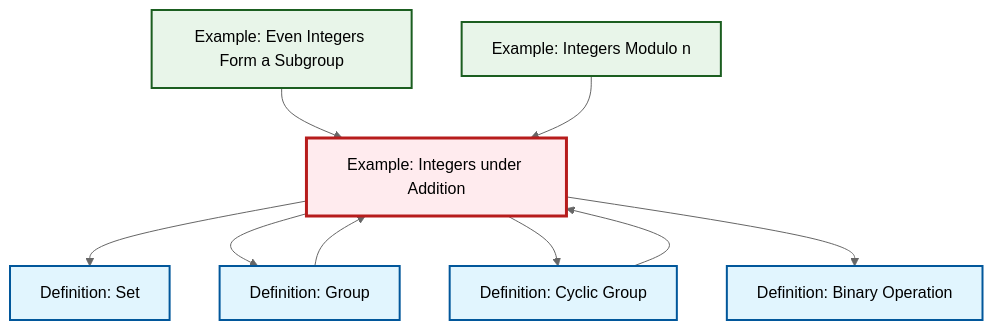
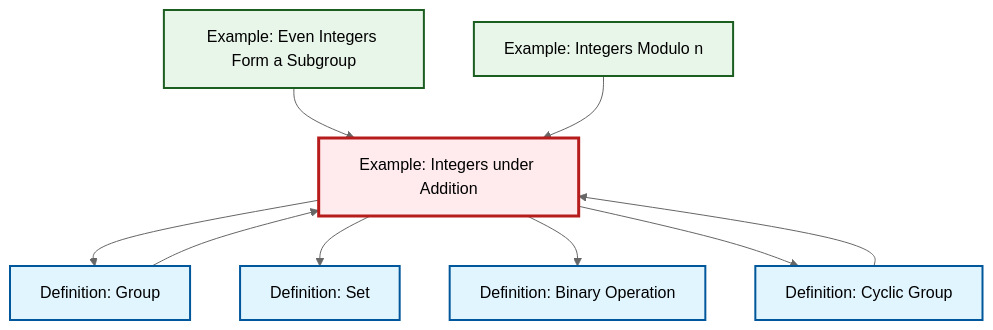
Before and after one commit to RK0429/ModernMath: the diagram in content/en/algebra/ex-integers-addition.qmd, drawn with Mermaid (neutral theme). The commit also changed other lines of this file and 434 other files, not shown here.

````diff
--- a/content/en/algebra/ex-integers-addition.qmd
+++ b/content/en/algebra/ex-integers-addition.qmd
@@ -72,31 +72,31 @@
 ```{mermaid}
 %%| fig-cap: "Local dependency graph"
 graph TD
     classDef definition fill:#e1f5fe,stroke:#01579b,stroke-width:2px
     classDef theorem fill:#f3e5f5,stroke:#4a148c,stroke-width:2px
     classDef axiom fill:#fff3e0,stroke:#e65100,stroke-width:2px
     classDef example fill:#e8f5e9,stroke:#1b5e20,stroke-width:2px
     classDef current fill:#ffebee,stroke:#b71c1c,stroke-width:3px
+    def-set["Definition: Set"]:::definition
+    ex-quotient-integers-mod-n["Example: Integers Modulo n"]:::example
+    def-group["Definition: Group"]:::definition
+    def-binary-operation["Definition: Binary Operation"]:::definition
+    ex-integers-addition["Example: Integers under Addition"]:::example
     ex-even-integers-subgroup["Example: Even Integers Form a Subgroup"]:::example
     def-cyclic-group["Definition: Cyclic Group"]:::definition
-    ex-quotient-integers-mod-n["Example: Integers Modulo n"]:::example
-    ex-integers-addition["Example: Integers under Addition"]:::example
-    def-binary-operation["Definition: Binary Operation"]:::definition
-    def-group["Definition: Group"]:::definition
-    def-set["Definition: Set"]:::definition
-    ex-integers-addition --> def-set
     ex-integers-addition --> def-group
     ex-even-integers-subgroup --> ex-integers-addition
+    ex-integers-addition --> def-set
+    def-cyclic-group --> ex-integers-addition
+    ex-integers-addition --> def-binary-operation
+    def-group --> ex-integers-addition
     ex-integers-addition --> def-cyclic-group
     ex-quotient-integers-mod-n --> ex-integers-addition
-    def-group --> ex-integers-addition
-    def-cyclic-group --> ex-integers-addition
-    ex-integers-addition --> def-binary-operation
     class ex-integers-addition current
+    click def-set "def-set.html" "Go to Set definition"
+    click ex-quotient-integers-mod-n "ex-quotient-integers-mod-n.html" "Go to Integers Modulo n example"
+    click def-group "def-group.html" "Go to Group definition"
+    click def-binary-operation "def-binary-operation.html" "Go to Binary Operation definition"
     click ex-even-integers-subgroup "ex-even-integers-subgroup.html" "Go to Even Integers Form a Subgroup example"
     click def-cyclic-group "def-cyclic-group.html" "Go to Cyclic Group definition"
-    click ex-quotient-integers-mod-n "ex-quotient-integers-mod-n.html" "Go to Integers Modulo n example"
-    click def-binary-operation "def-binary-operation.html" "Go to Binary Operation definition"
-    click def-group "def-group.html" "Go to Group definition"
-    click def-set "def-set.html" "Go to Set definition"
 ```
````
